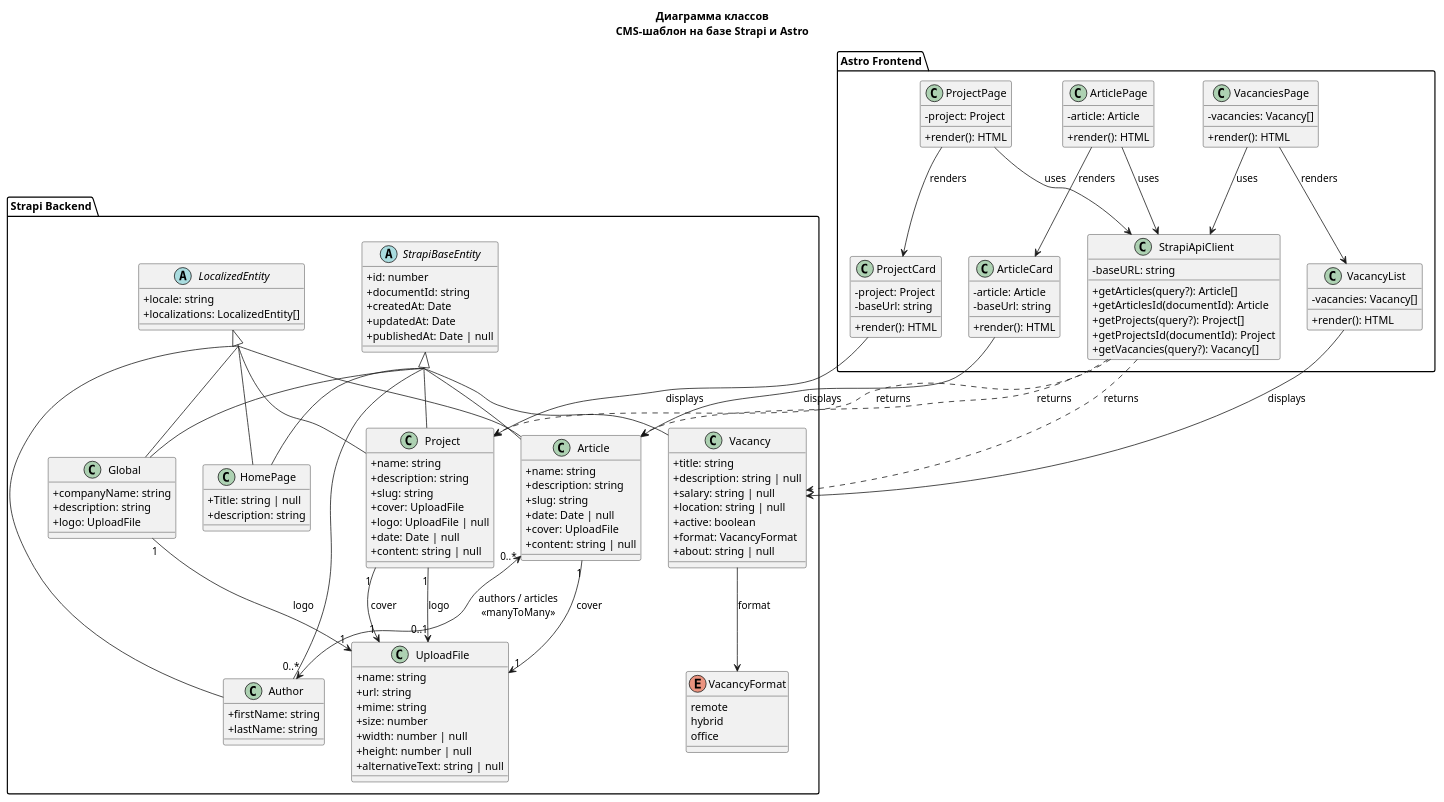
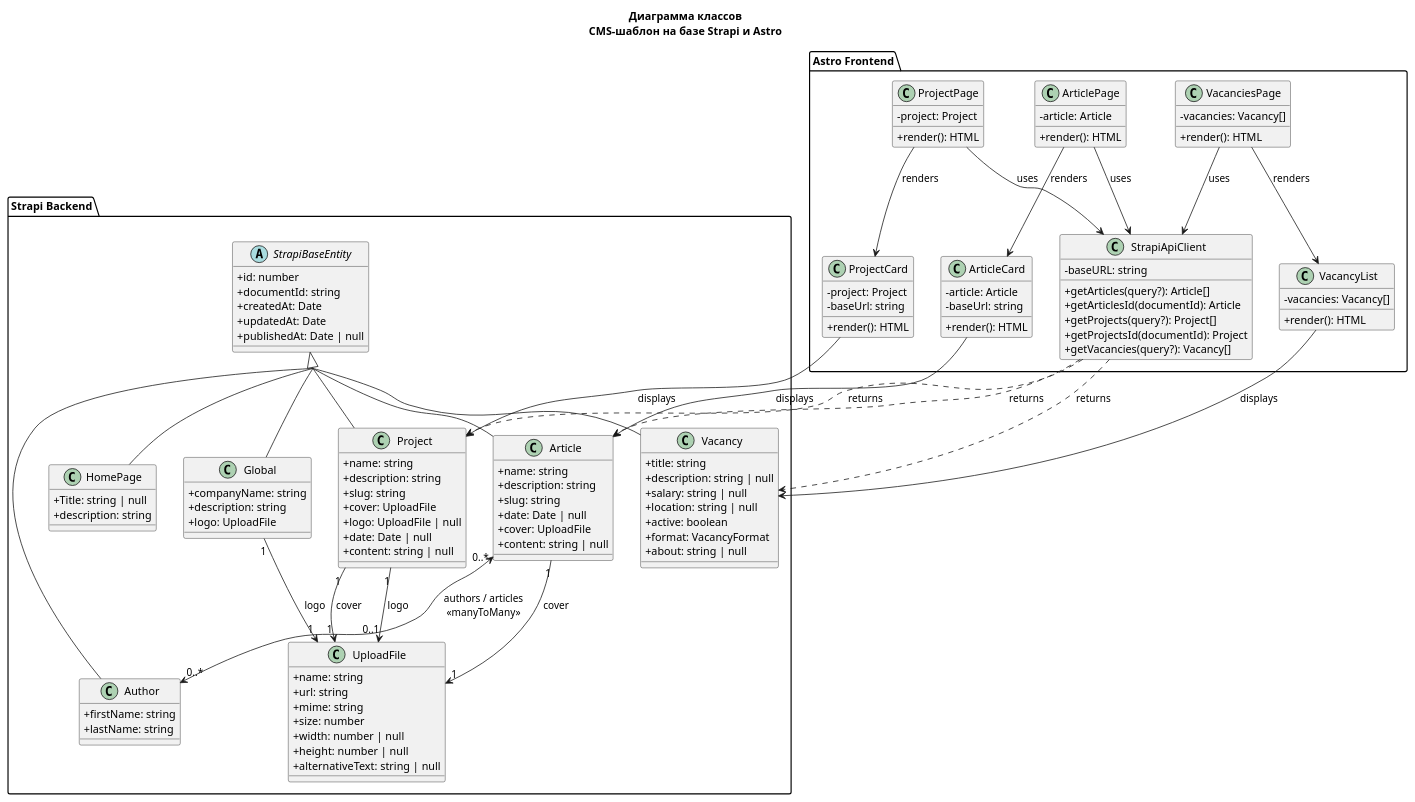
The diagram in uml/02_classes.puml (ArthurNyan/8sem_work), drawn with PlantUML before and after one commit. The commit also changed 7 other files, not shown here.

First line of the commit message:
Update UML diagrams and add project presentation materials

```diff
--- a/uml/02_classes.puml
+++ b/uml/02_classes.puml
@@ -1,166 +1,166 @@
 @startuml classes
 
 title Диаграмма классов\nCMS-шаблон на базе Strapi и Astro
 
 skinparam classAttributeIconSize 0
 skinparam groupInheritance 2
 
 package "Strapi Backend" {
 
-    enum VacancyFormat {
-        remote
-        hybrid
-        office
-    }
+    ' enum VacancyFormat {
+    '     remote
+    '     hybrid
+    '     office
+    ' }
 
     abstract class StrapiBaseEntity {
         +id: number
         +documentId: string
         +createdAt: Date
         +updatedAt: Date
         +publishedAt: Date | null
     }
 
-    abstract class LocalizedEntity {
-        +locale: string
-        +localizations: LocalizedEntity[]
-    }
+    ' abstract class LocalizedEntity {
+    '     +locale: string
+    '     +localizations: LocalizedEntity[]
+    ' }
 
     class Article {
         +name: string
         +description: string
         +slug: string
         +date: Date | null
         +cover: UploadFile
         +content: string | null
     }
 
     class Author {
         +firstName: string
         +lastName: string
     }
 
     class Project {
         +name: string
         +description: string
         +slug: string
         +cover: UploadFile
         +logo: UploadFile | null
         +date: Date | null
         +content: string | null
     }
 
     class Vacancy {
         +title: string
         +description: string | null
         +salary: string | null
         +location: string | null
         +active: boolean
         +format: VacancyFormat
         +about: string | null
     }
 
     class Global {
         +companyName: string
         +description: string
         +logo: UploadFile
     }
 
     class HomePage {
         +Title: string | null
         +description: string
     }
 
     class UploadFile {
         +name: string
         +url: string
         +mime: string
         +size: number
         +width: number | null
         +height: number | null
         +alternativeText: string | null
     }
 
     StrapiBaseEntity <|-- Article
     StrapiBaseEntity <|-- Author
     StrapiBaseEntity <|-- Project
     StrapiBaseEntity <|-- Vacancy
     StrapiBaseEntity <|-- Global
     StrapiBaseEntity <|-- HomePage
 
-    LocalizedEntity <|-- Article
-    LocalizedEntity <|-- Author
-    LocalizedEntity <|-- Project
-    LocalizedEntity <|-- Global
-    LocalizedEntity <|-- HomePage
+    ' LocalizedEntity <|-- Article
+    ' LocalizedEntity <|-- Author
+    ' LocalizedEntity <|-- Project
+    ' LocalizedEntity <|-- Global
+    ' LocalizedEntity <|-- HomePage
 
     Article "0..*" <--> "0..*" Author : authors / articles\n<<manyToMany>>
     Article "1" --> "1" UploadFile : cover
     Project "1" --> "1" UploadFile : cover
     Project "1" --> "0..1" UploadFile : logo
     Global "1" --> "1" UploadFile : logo
 
-    Vacancy --> VacancyFormat : format
+    ' Vacancy --> VacancyFormat : format
 }
 
 package "Astro Frontend" {
 
     class StrapiApiClient {
         -baseURL: string
         +getArticles(query?): Article[]
         +getArticlesId(documentId): Article
         +getProjects(query?): Project[]
         +getProjectsId(documentId): Project
         +getVacancies(query?): Vacancy[]
     }
 
     class ArticlePage {
         -article: Article
         +render(): HTML
     }
 
     class ProjectPage {
         -project: Project
         +render(): HTML
     }
 
     class VacanciesPage {
         -vacancies: Vacancy[]
         +render(): HTML
     }
 
     class ArticleCard {
         -article: Article
         -baseUrl: string
         +render(): HTML
     }
 
     class ProjectCard {
         -project: Project
         -baseUrl: string
         +render(): HTML
     }
 
     class VacancyList {
         -vacancies: Vacancy[]
         +render(): HTML
     }
 
     StrapiApiClient ..> Article : returns
     StrapiApiClient ..> Project : returns
     StrapiApiClient ..> Vacancy : returns
 
     ArticlePage --> StrapiApiClient : uses
     ProjectPage --> StrapiApiClient : uses
     VacanciesPage --> StrapiApiClient : uses
 
     ArticlePage --> ArticleCard : renders
     ProjectPage --> ProjectCard : renders
     VacanciesPage --> VacancyList : renders
 
     ArticleCard --> Article : displays
     ProjectCard --> Project : displays
     VacancyList --> Vacancy : displays
 }
 
 @enduml
```
